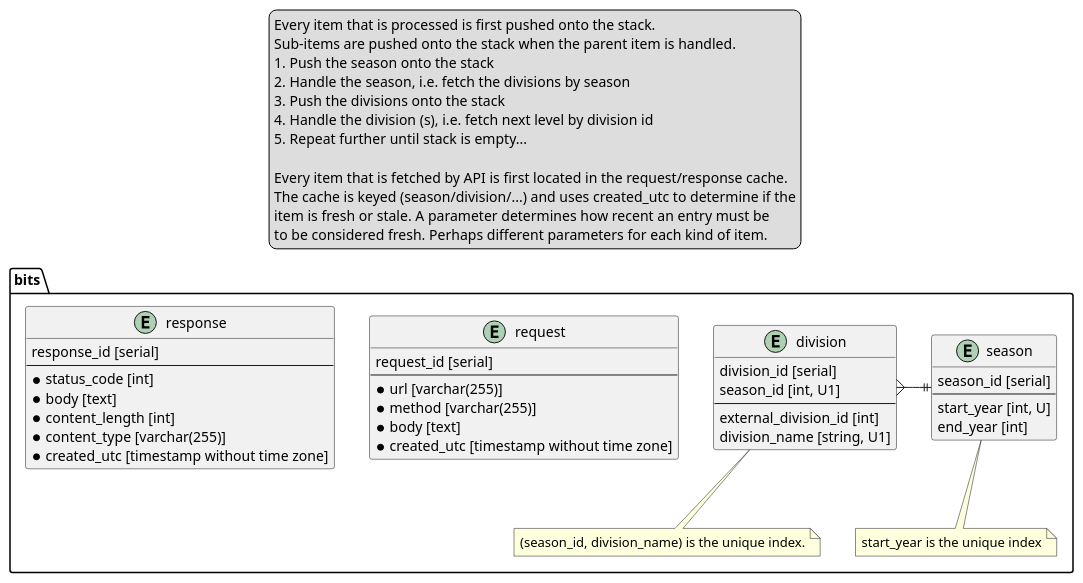
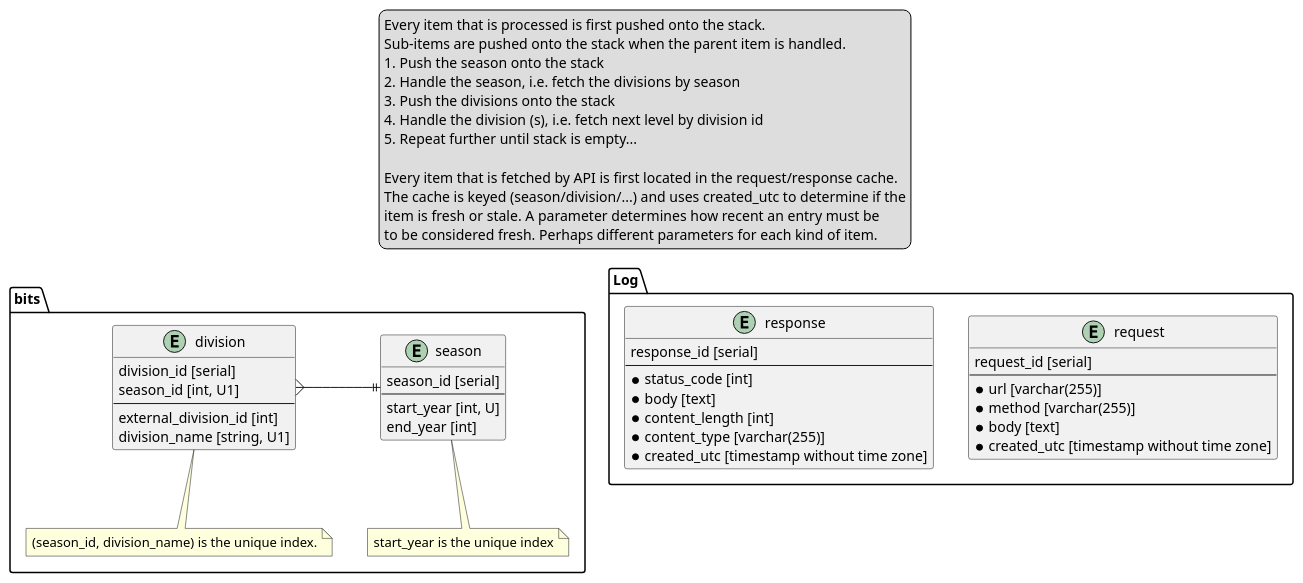
One commit to dlidstrom/Snittlistan changed the diagram in SportBowling/Tool/Database.plantuml. Above: the diagram before and after it, drawn with PlantUML. The commit also changed 2 other files, not shown here.

Commit message:
log schema

```diff
--- a/SportBowling/Tool/Database.plantuml
+++ b/SportBowling/Tool/Database.plantuml
@@ -1,63 +1,66 @@
 @startuml Database
 
 legend top
 Every item that is processed is first pushed onto the stack.
 Sub-items are pushed onto the stack when the parent item is handled.
 1. Push the season onto the stack
 2. Handle the season, i.e. fetch the divisions by season
 3. Push the divisions onto the stack
 4. Handle the division (s), i.e. fetch next level by division id
 5. Repeat further until stack is empty...
 
 Every item that is fetched by API is first located in the request/response cache.
 The cache is keyed (season/division/...) and uses created_utc to determine if the
 item is fresh or stale. A parameter determines how recent an entry must be
 to be considered fresh. Perhaps different parameters for each kind of item.
 end legend
 
 package bits {
     entity season {
         season_id [serial]
         --
         start_year [int, U]
         end_year [int]
     }
     note bottom
     start_year is the unique index
     end note
 
     entity division {
         division_id [serial]
         season_id [int, U1]
         --
         external_division_id [int]
         division_name [string, U1]
     }
 
     note bottom
     (season_id, division_name) is the unique index.
     end note
 
     division }-|| season
 
+}
+
+package Log {
     entity request {
         request_id [serial]
         --
         * url [varchar(255)]
         * method [varchar(255)]
         * body [text]
         * created_utc [timestamp without time zone]
     }
 
     entity response {
         response_id [serial]
         --
         * status_code [int]
         * body [text]
         * content_length [int]
         * content_type [varchar(255)]
         * created_utc [timestamp without time zone]
     }
 }
 
 @enduml
```
